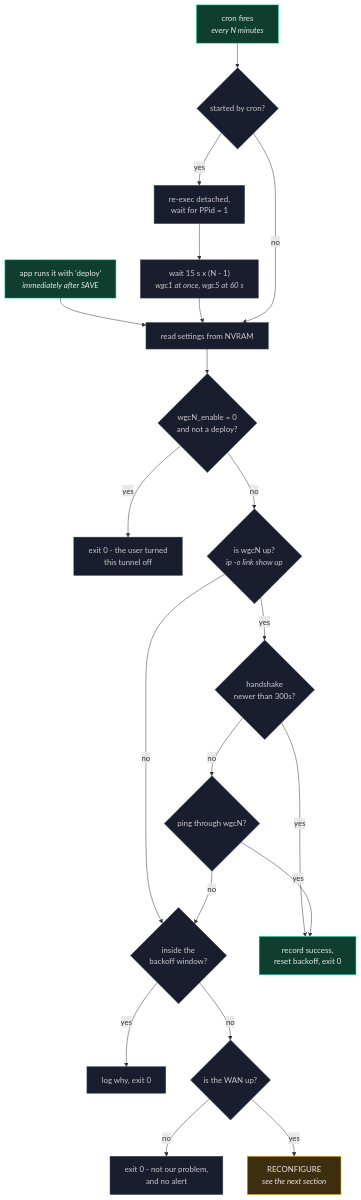
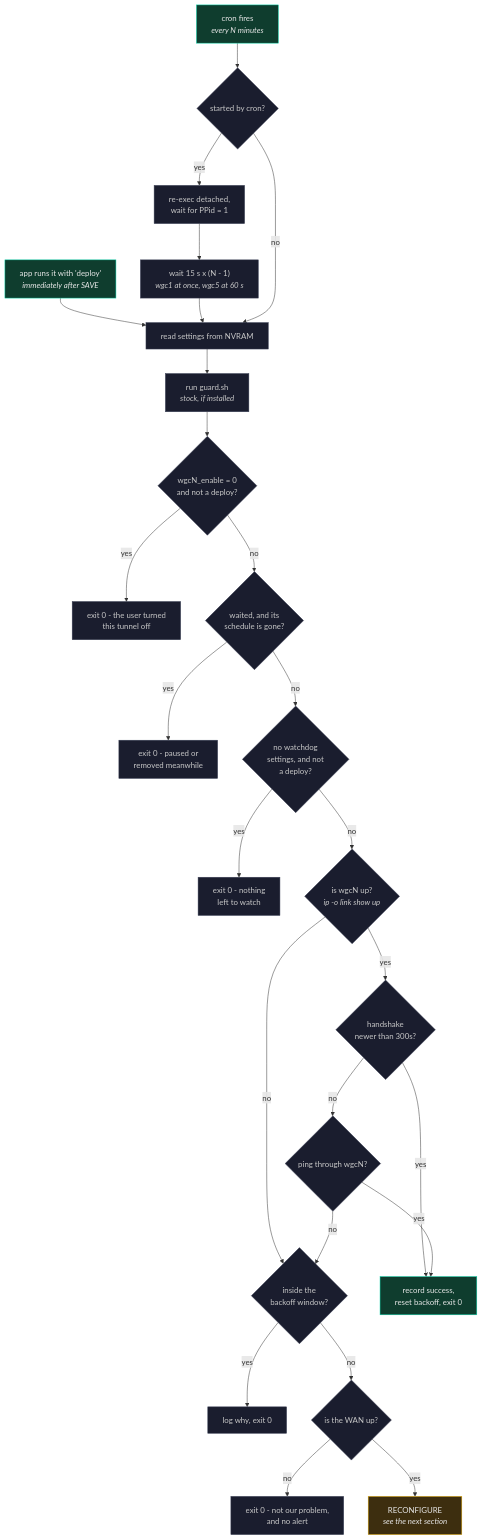
Before and after one commit to ExponentiallyDigital/cfg-pia-wg: the sixth of 8 diagrams in ARCHITECTURE.md, drawn with Mermaid. The commit also changed other lines of this file and 64 other files, not shown here.

````diff
--- a/ARCHITECTURE.md
+++ b/ARCHITECTURE.md
@@ -1236,37 +1242,42 @@
 ```mermaid
 flowchart TD
     CRON["cron fires<br/><i>every N minutes</i>"] --> DETACH
     DEPLOY["app runs it with 'deploy'<br/><i>immediately after SAVE</i>"] --> LOAD
 
     DETACH{"started by cron?"}
     DETACH -->|yes| REEXEC["re-exec detached,<br/>wait for PPid = 1"]
     REEXEC --> STAGGER["wait 15 s x (N - 1)<br/><i>wgc1 at once, wgc5 at 60 s</i>"]
     STAGGER --> LOAD
     DETACH -->|no| LOAD
 
-    LOAD["read settings from NVRAM"] --> ENABLED{"wgcN_enable = 0<br/>and not a deploy?"}
+    LOAD["read settings from NVRAM"] --> GUARD["run guard.sh<br/><i>stock, if installed</i>"]
+    GUARD --> ENABLED{"wgcN_enable = 0<br/>and not a deploy?"}
     ENABLED -->|yes| STOP1["exit 0 - the user turned<br/>this tunnel off"]
-    ENABLED -->|no| IFACE
+    ENABLED -->|no| WAITED{"waited, and its<br/>schedule is gone?"}
+    WAITED -->|yes| STOP4["exit 0 - paused or<br/>removed meanwhile"]
+    WAITED -->|no| SETS{"no watchdog<br/>settings, and not<br/>a deploy?"}
+    SETS -->|yes| STOP5["exit 0 - nothing<br/>left to watch"]
+    SETS -->|no| IFACE
 
     IFACE{"is wgcN up?<br/><i>ip -o link show up</i>"}
     IFACE -->|no| BACKOFF
     IFACE -->|yes| HS{"handshake<br/>newer than 300s?"}
     HS -->|yes| OK["record success,<br/>reset backoff, exit 0"]
     HS -->|no| PING{"ping through wgcN?"}
     PING -->|yes| OK
     PING -->|no| BACKOFF
 
     BACKOFF{"inside the<br/>backoff window?"}
     BACKOFF -->|yes| STOP2["log why, exit 0"]
     BACKOFF -->|no| WAN{"is the WAN up?"}
     WAN -->|no| STOP3["exit 0 - not our problem,<br/>and no alert"]
     WAN -->|yes| RECONF["RECONFIGURE<br/><i>see the next section</i>"]
 
     classDef go fill:#0F3D2E,stroke:#00D4AA,color:#E8E8E8
     classDef bad fill:#3D1A1A,stroke:#E05252,color:#E8E8E8
     classDef work fill:#3D2E0F,stroke:#E0A800,color:#E8E8E8
     classDef step fill:#1A1D2E,stroke:#3A3F55,color:#C8C8C8
     class CRON,DEPLOY,OK go
-    class STOP1,STOP2,STOP3,DETACH,REEXEC,STAGGER,LOAD,ENABLED,IFACE,HS,PING,BACKOFF,WAN step
+    class STOP1,STOP2,STOP3,STOP4,STOP5,DETACH,REEXEC,STAGGER,LOAD,GUARD,ENABLED,WAITED,SETS,IFACE,HS,PING,BACKOFF,WAN step
     class RECONF work
 ```
````
